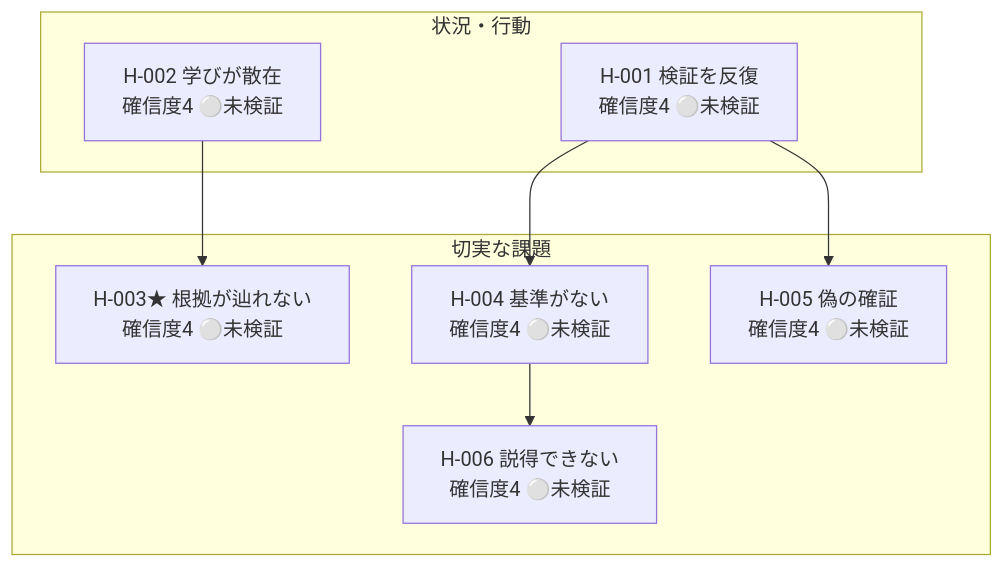
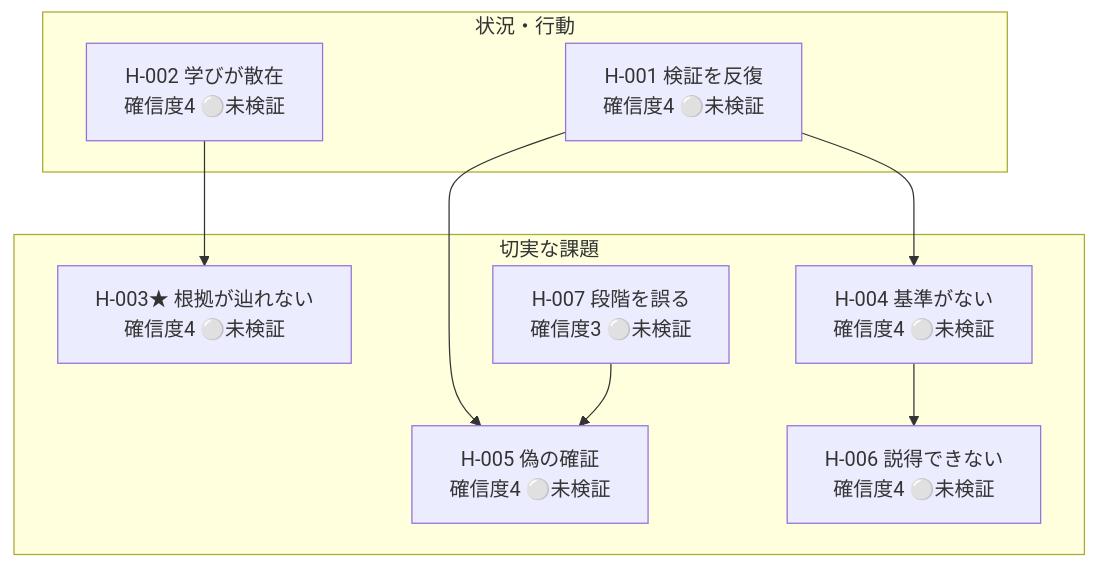
One commit to haru01/hypothesis-wiki changed the diagram in projects/self/wiki/views/hypotheses-list.md. Above: the diagram before and after it, drawn with Mermaid. The commit also changed other lines of this file and 52 other files, not shown here.

````diff
--- a/projects/self/wiki/views/hypotheses-list.md
+++ b/projects/self/wiki/views/hypotheses-list.md
@@ -9,17 +9,19 @@
 ```mermaid
 flowchart TB
     subgraph beh["状況・行動"]
       SELF_H_001["H-001 検証を反復<br/>確信度4 ⚪未検証"]
       SELF_H_002["H-002 学びが散在<br/>確信度4 ⚪未検証"]
     end
     subgraph prob["切実な課題"]
       SELF_H_003["H-003★ 根拠が辿れない<br/>確信度4 ⚪未検証"]
       SELF_H_004["H-004 基準がない<br/>確信度4 ⚪未検証"]
       SELF_H_005["H-005 偽の確証<br/>確信度4 ⚪未検証"]
       SELF_H_006["H-006 説得できない<br/>確信度4 ⚪未検証"]
+      SELF_H_007["H-007 段階を誤る<br/>確信度3 ⚪未検証"]
     end
     SELF_H_001 --> SELF_H_004
     SELF_H_001 --> SELF_H_005
     SELF_H_002 --> SELF_H_003
     SELF_H_004 --> SELF_H_006
+    SELF_H_007 --> SELF_H_005
 ```
````
